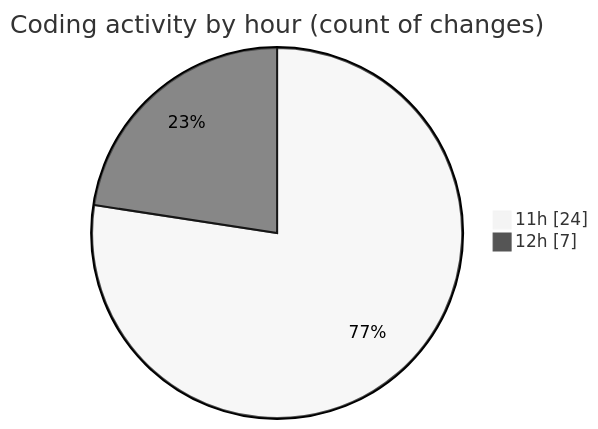
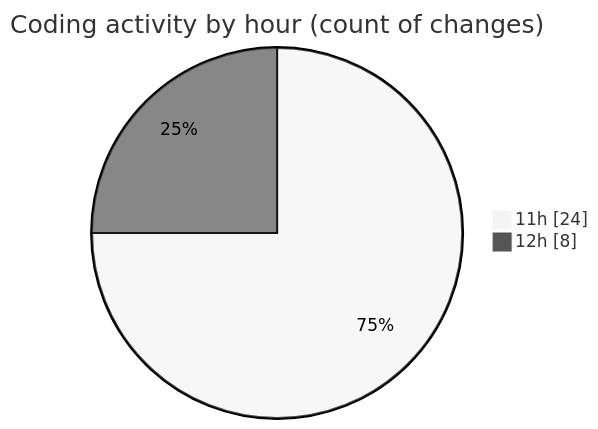
Before and after one commit to vahidmafi/code-tracking: the second of 2 diagrams in 2025-07-21/shop/README.md, drawn with Mermaid (neutral theme). The commit also changed other lines of this file and 1 other file, not shown here.

````diff
--- a/2025-07-21/shop/README.md
+++ b/2025-07-21/shop/README.md
@@ -31,6 +32,6 @@
 ```mermaid
 pie showData
 title Coding activity by hour (count of changes)
 "11h" : 24
-"12h" : 7
+"12h" : 8
 ```
````
